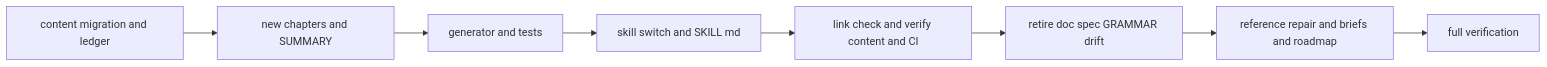
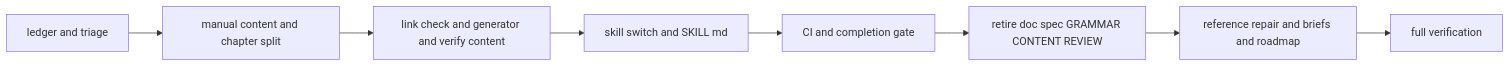
One commit to ekicyou/pasta changed the fourth of 4 diagrams in .kiro/specs/manual-ssot-authority/design.md. Above: the diagram before and after it, drawn with Mermaid. The commit also changed other lines of this file and 2 other files, not shown here.

First line of the commit message:
chore(manual-ssot-authority): generate design (design.md, research.md)

````diff
--- a/.kiro/specs/manual-ssot-authority/design.md
+++ b/.kiro/specs/manual-ssot-authority/design.md
@@ -696,10 +765,10 @@
 ```mermaid
 graph LR
-    P1[content migration and ledger] --> P2[new chapters and SUMMARY]
-    P2 --> P3[generator and tests]
+    P1[ledger and triage] --> P2[manual content and chapter split]
+    P2 --> P3[link check and generator and verify content]
     P3 --> P4[skill switch and SKILL md]
-    P4 --> P5[link check and verify content and CI]
-    P5 --> P6[retire doc spec GRAMMAR drift]
+    P4 --> P5[CI and completion gate]
+    P5 --> P6[retire doc spec GRAMMAR CONTENT REVIEW]
     P6 --> P7[reference repair and briefs and roadmap]
     P7 --> P8[full verification]
 ```
````
